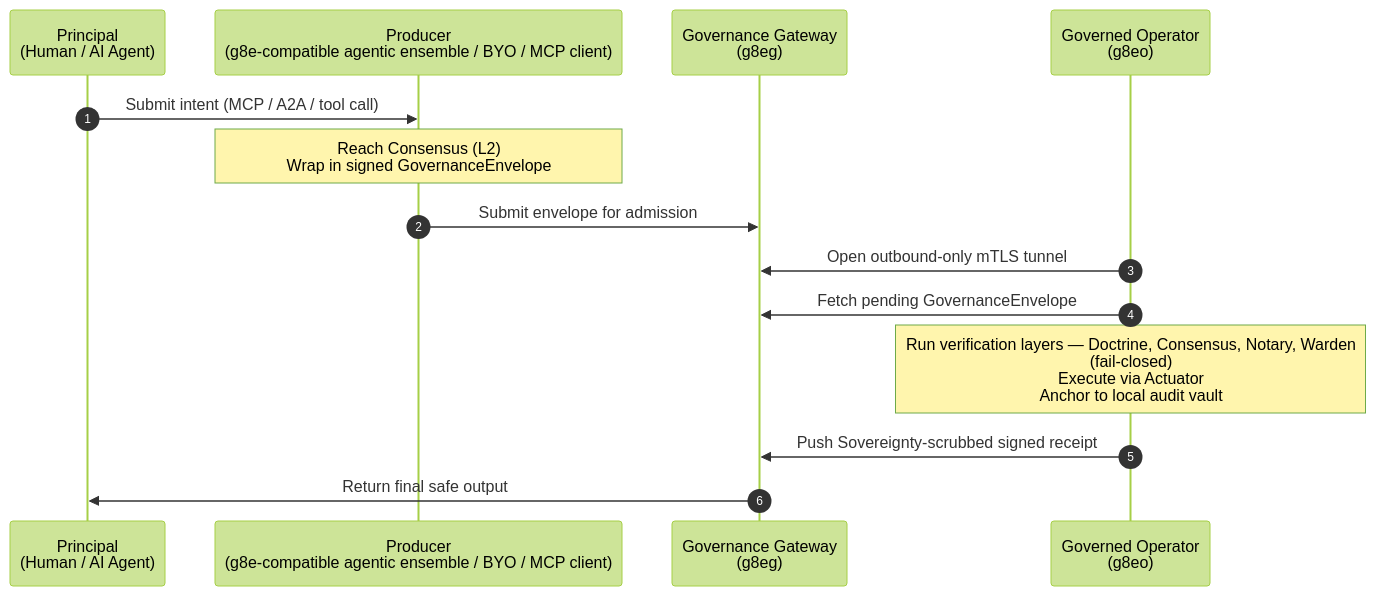
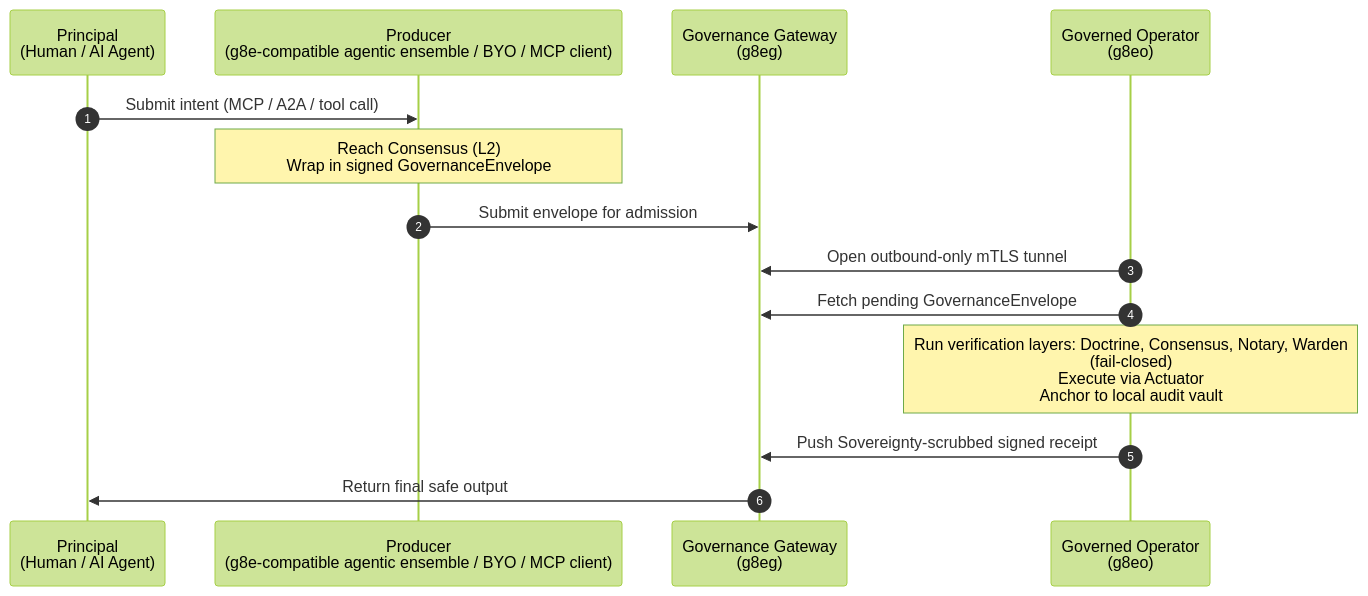
The third of 4 diagrams in README.md (g8e-ai/g8e), drawn with Mermaid (forest theme) before and after one commit. The commit also changed other lines of this file and 54 other files, not shown here.

````diff
--- a/README.md
+++ b/README.md
@@ -95,20 +95,20 @@
 ```mermaid
 sequenceDiagram
     autonumber
     participant Principal as Principal<br/>(Human / AI Agent)
     participant Ensemble as Producer<br/>(g8e-compatible agentic ensemble / BYO / MCP client)
     participant Gateway as Governance Gateway<br/>(g8eg)
     participant Operator as Governed Operator<br/>(g8eo)
 
     Principal->>Ensemble: Submit intent (MCP / A2A / tool call)
     Note over Ensemble: Reach Consensus (L2)<br/>Wrap in signed GovernanceEnvelope
     Ensemble->>Gateway: Submit envelope for admission
 
     Operator->>Gateway: Open outbound-only mTLS tunnel
     Operator->>Gateway: Fetch pending GovernanceEnvelope
 
-    Note over Operator: Run verification layers — Doctrine, Consensus, Notary, Warden<br/>(fail-closed)<br/>Execute via Actuator<br/>Anchor to local audit vault
+    Note over Operator: Run verification layers: Doctrine, Consensus, Notary, Warden<br/>(fail-closed)<br/>Execute via Actuator<br/>Anchor to local audit vault
 
     Operator->>Gateway: Push Sovereignty-scrubbed signed receipt
     Gateway->>Principal: Return final safe output
 ```
````
